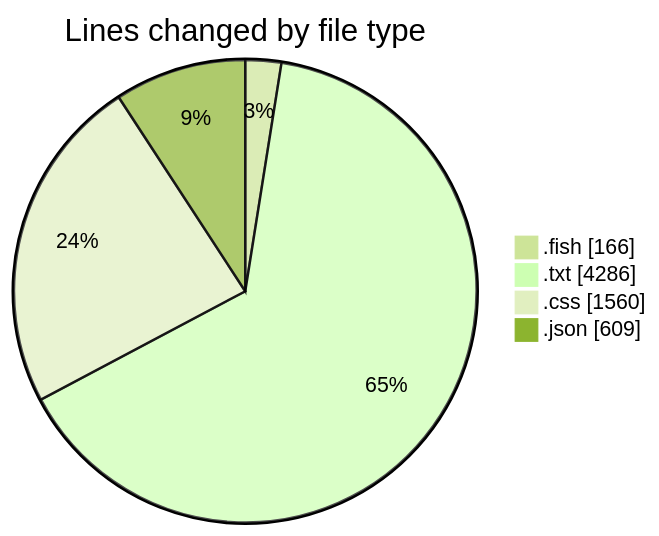
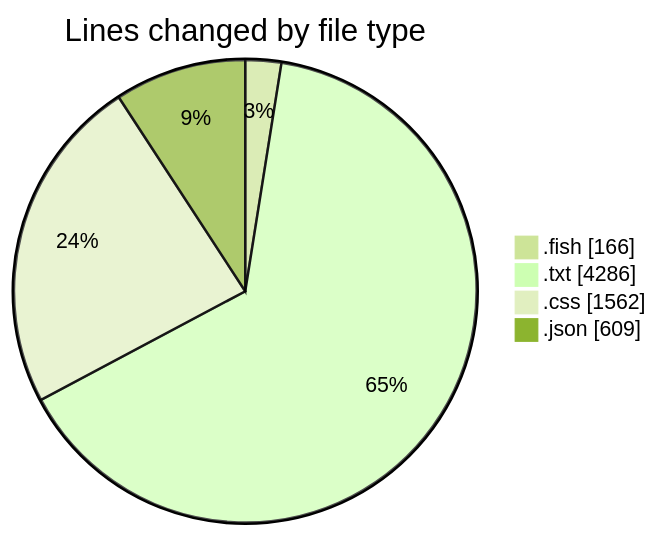
Before and after one commit to EIIisD/code-tracking: the first of 2 diagrams in 2025-07-21/fish/README.md, drawn with Mermaid (forest theme). The commit also changed other lines of this file and 1 other file, not shown here.

````diff
--- a/2025-07-21/fish/README.md
+++ b/2025-07-21/fish/README.md
@@ -24,8 +24,8 @@
 ```mermaid
 pie showData
 title Lines changed by file type
 ".fish" : 166
 ".txt" : 4286
-".css" : 1560
+".css" : 1562
 ".json" : 609
 ```
````
